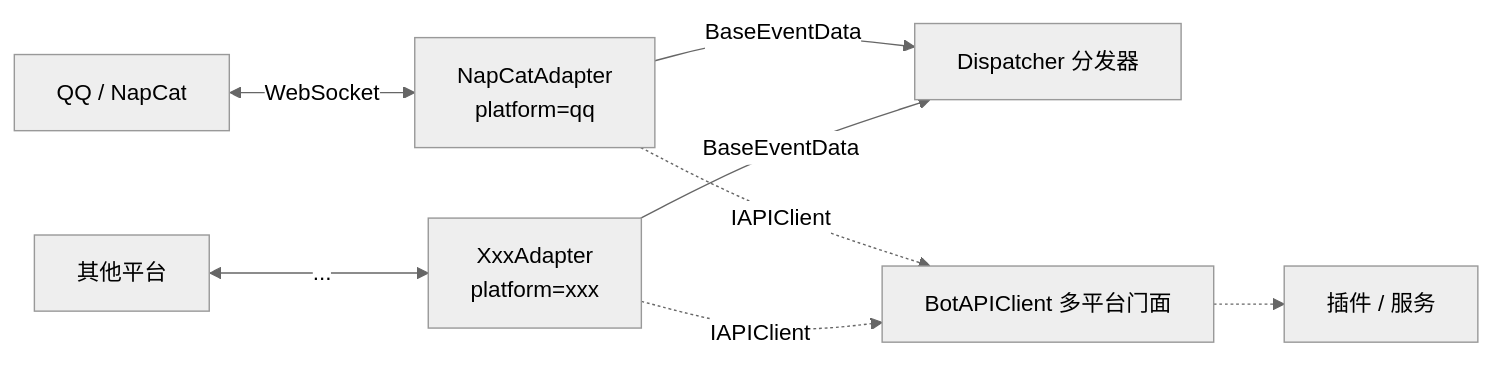
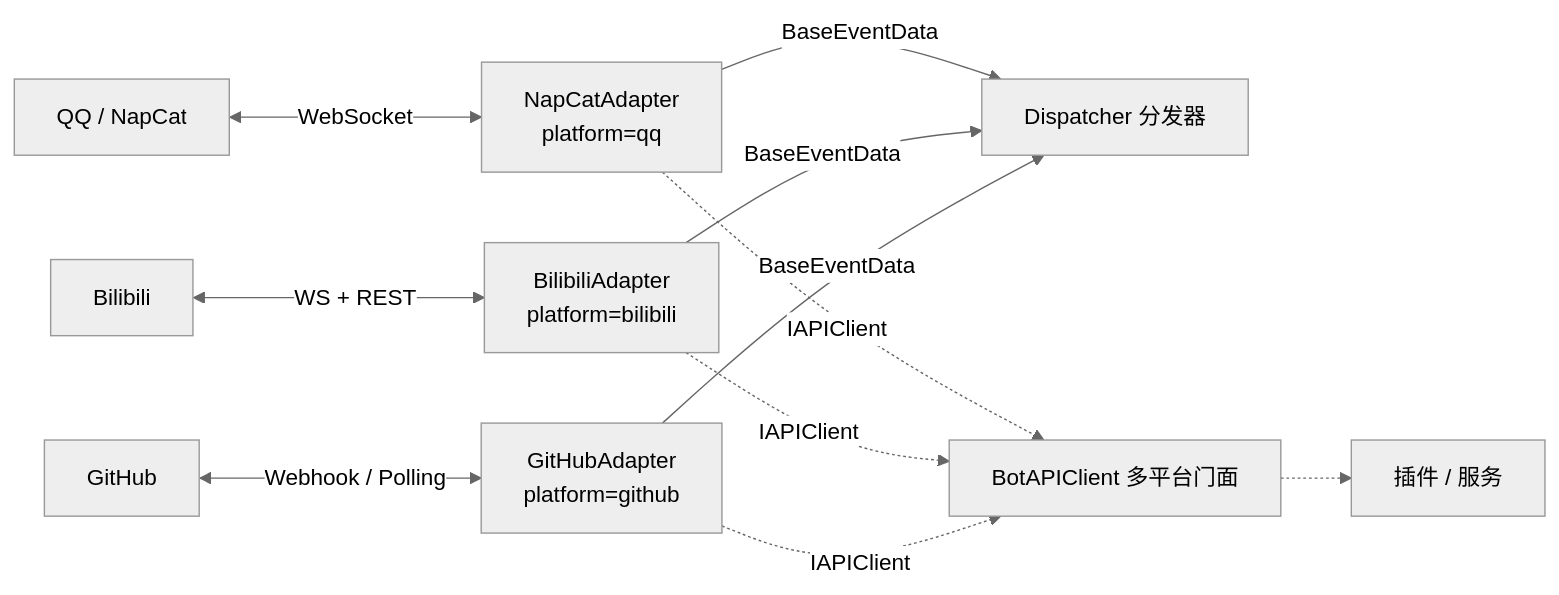
Before and after one commit to Sparrived/ncatbot: the diagram in docs/reference/adapter/README.md, drawn with Mermaid (neutral theme). The commit also changed other lines of this file and 10 other files, not shown here.

````diff
--- a/docs/reference/adapter/README.md
+++ b/docs/reference/adapter/README.md
@@ -20,10 +24,13 @@
 ```mermaid
 graph LR
     QQ[QQ / NapCat] <-->|WebSocket| A1[NapCatAdapter<br>platform=qq]
-    Future[其他平台] <-->|...| A2[XxxAdapter<br>platform=xxx]
+    Bili[Bilibili] <-->|WS + REST| A2[BilibiliAdapter<br>platform=bilibili]
+    GH[GitHub] <-->|Webhook / Polling| A3[GitHubAdapter<br>platform=github]
     A1 -->|BaseEventData| Dispatcher[Dispatcher 分发器]
     A2 -->|BaseEventData| Dispatcher
+    A3 -->|BaseEventData| Dispatcher
     A1 -.->|IAPIClient| BotAPIClient[BotAPIClient 多平台门面]
     A2 -.->|IAPIClient| BotAPIClient
+    A3 -.->|IAPIClient| BotAPIClient
     BotAPIClient -.-> Plugin[插件 / 服务]
 ```
````
